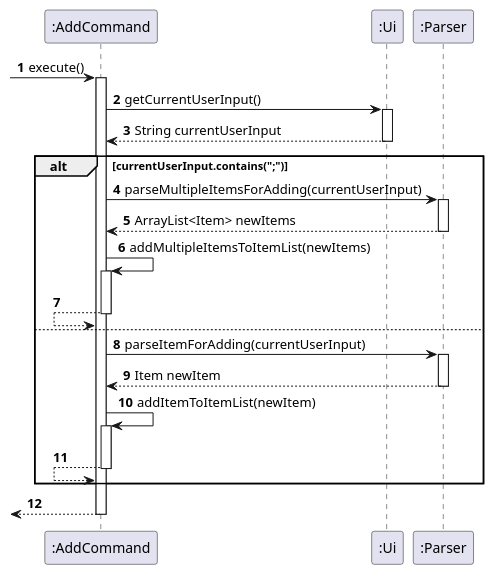
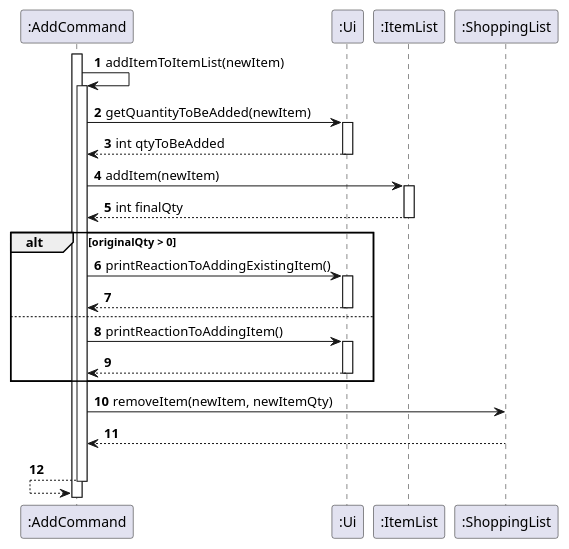
Before and after one commit to uosjapuelks/tp: the diagram in docs/pumlFiles/addItemToItemListSequence.puml, drawn with PlantUML. The commit also changed 9 other files, not shown here.

```diff
--- a/docs/pumlFiles/addItemToItemListSequence.puml
+++ b/docs/pumlFiles/addItemToItemListSequence.puml
@@ -1,44 +1,45 @@
 @startuml
 'https://plantuml.com/sequence-diagram
 
 autonumber
 
--> ":AddCommand": execute()
 activate ":AddCommand"
 
-":AddCommand" -> ":Ui": getCurrentUserInput()
+":AddCommand"-> ":AddCommand": addItemToItemList(newItem)
+activate ":AddCommand"
+
+":AddCommand" -> ":Ui": getQuantityToBeAdded(newItem)
 activate ":Ui"
-":AddCommand" <-- ":Ui": String currentUserInput
+":AddCommand" <-- ":Ui": int qtyToBeAdded
 deactivate ":Ui"
 
-alt currentUserInput.contains(";")
+":AddCommand" -> ":ItemList": addItem(newItem)
+activate ":ItemList"
+":AddCommand" <-- ":ItemList": int finalQty
+deactivate ":ItemList"
 
-":AddCommand" -> ":Parser": parseMultipleItemsForAdding(currentUserInput)
-activate ":Parser"
-":AddCommand" <-- ":Parser": ArrayList<Item> newItems
-deactivate ":Parser"
+alt originalQty > 0
 
-":AddCommand" -> ":AddCommand": addMultipleItemsToItemList(newItems)
-activate ":AddCommand"
+":AddCommand" -> ":Ui": printReactionToAddingExistingItem()
+activate ":Ui"
+":AddCommand" <-- ":Ui"
+deactivate ":Ui"
+
+else
+
+":AddCommand" -> ":Ui": printReactionToAddingItem()
+activate ":Ui"
+":AddCommand" <-- ":Ui"
+deactivate ":Ui"
+
+end
+
+":AddCommand" -> ":ShoppingList": removeItem(newItem, newItemQty)
+":AddCommand" <-- ":ShoppingList"
+
 ":AddCommand" <-- ":AddCommand"
+
 deactivate ":AddCommand"
 
 
-else
-
-":AddCommand" -> ":Parser": parseItemForAdding(currentUserInput)
-activate ":Parser"
-":AddCommand" <-- ":Parser": Item newItem
-deactivate ":Parser"
-
-":AddCommand" -> ":AddCommand": addItemToItemList(newItem)
-activate ":AddCommand"
-":AddCommand" <-- ":AddCommand"
-deactivate ":AddCommand"
-
-end
-
-<-- ":AddCommand"
-deactivate ":AddCommand"
-
 @enduml
```
